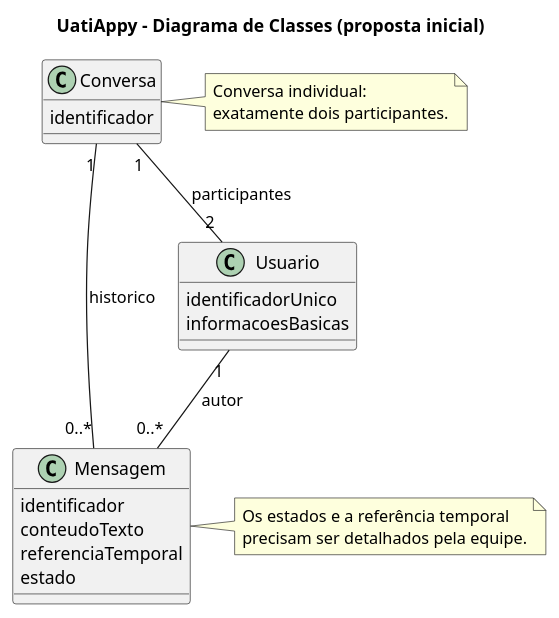
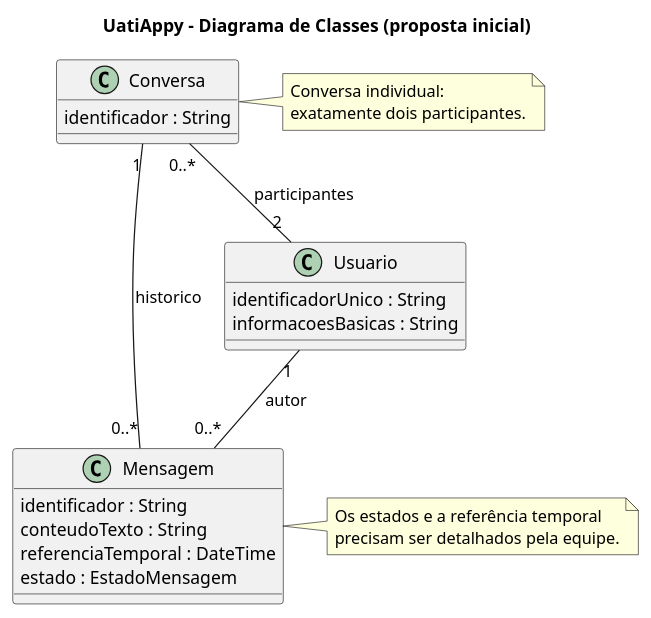
One commit to daviwanziler/uatiappy-vdois changed the first of 10 diagrams in Docs/requisitos/escopo-mvp.md. Above: the diagram before and after it, drawn with PlantUML. The commit also changed other lines of this file, not shown here.

Commit message:
docs: corrigir notacao e modelagem dos diagramas UML

````diff
--- a/Docs/requisitos/escopo-mvp.md
+++ b/Docs/requisitos/escopo-mvp.md
@@ -176,35 +176,35 @@
 ```plantuml
 @startuml
 title UatiAppy - Diagrama de Classes (proposta inicial)
 
 class Usuario {
-  identificadorUnico
-  informacoesBasicas
+  identificadorUnico : String
+  informacoesBasicas : String
 }
 
 class Conversa {
-  identificador
+  identificador : String
 }
 
 class Mensagem {
-  identificador
-  conteudoTexto
-  referenciaTemporal
-  estado
+  identificador : String
+  conteudoTexto : String
+  referenciaTemporal : DateTime
+  estado : EstadoMensagem
 }
 
-Conversa "1" -- "2" Usuario : participantes
+Conversa "0..*" -- "2" Usuario : participantes
 Conversa "1" -- "0..*" Mensagem : historico
 Usuario "1" -- "0..*" Mensagem : autor
 
 note right of Conversa
   Conversa individual:
   exatamente dois participantes.
 end note
 
 note right of Mensagem
   Os estados e a referência temporal
   precisam ser detalhados pela equipe.
 end note
 @enduml
 ```
````
